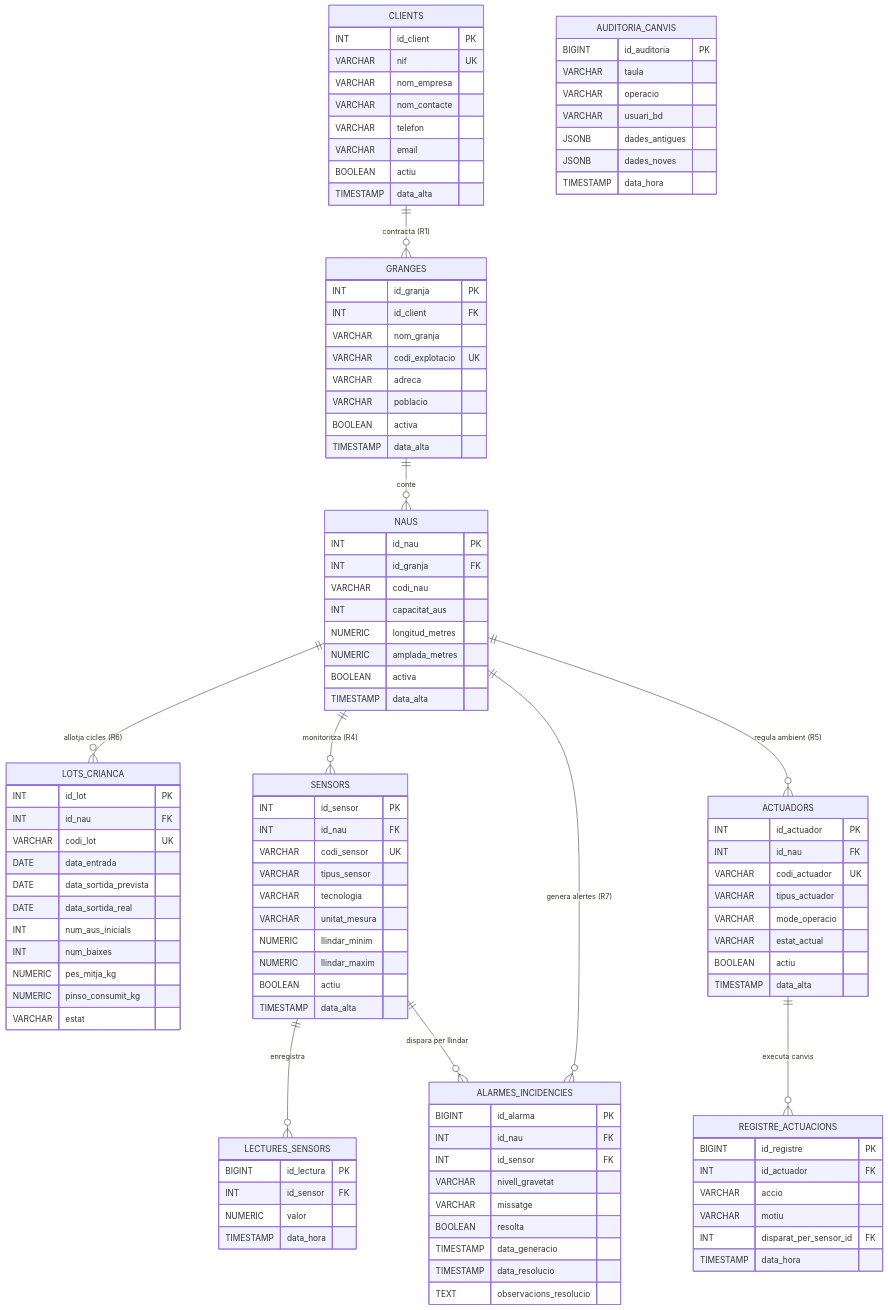
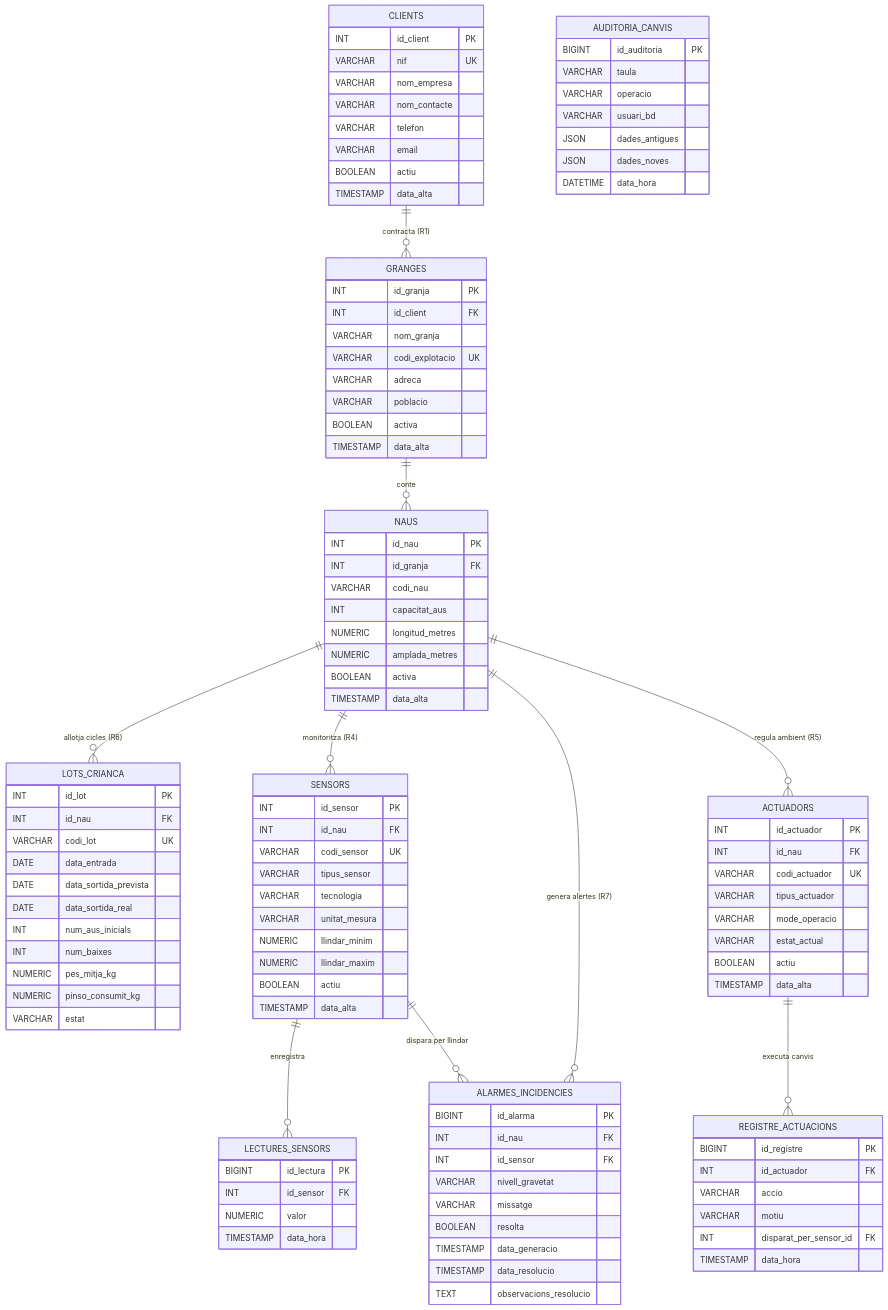
Before and after one commit to JoanGarcia25/avigest-projecte: the diagram in bd/model-er/model_er.md, drawn with Mermaid. The commit also changed other lines of this file and 46 other files, not shown here.

````diff
--- a/bd/model-er/model_er.md
+++ b/bd/model-er/model_er.md
@@ -122,8 +122,8 @@
         VARCHAR taula
         VARCHAR operacio
         VARCHAR usuari_bd
-        JSONB dades_antigues
-        JSONB dades_noves
-        TIMESTAMP data_hora
+        JSON dades_antigues
+        JSON dades_noves
+        DATETIME data_hora
     }
 ```
````
